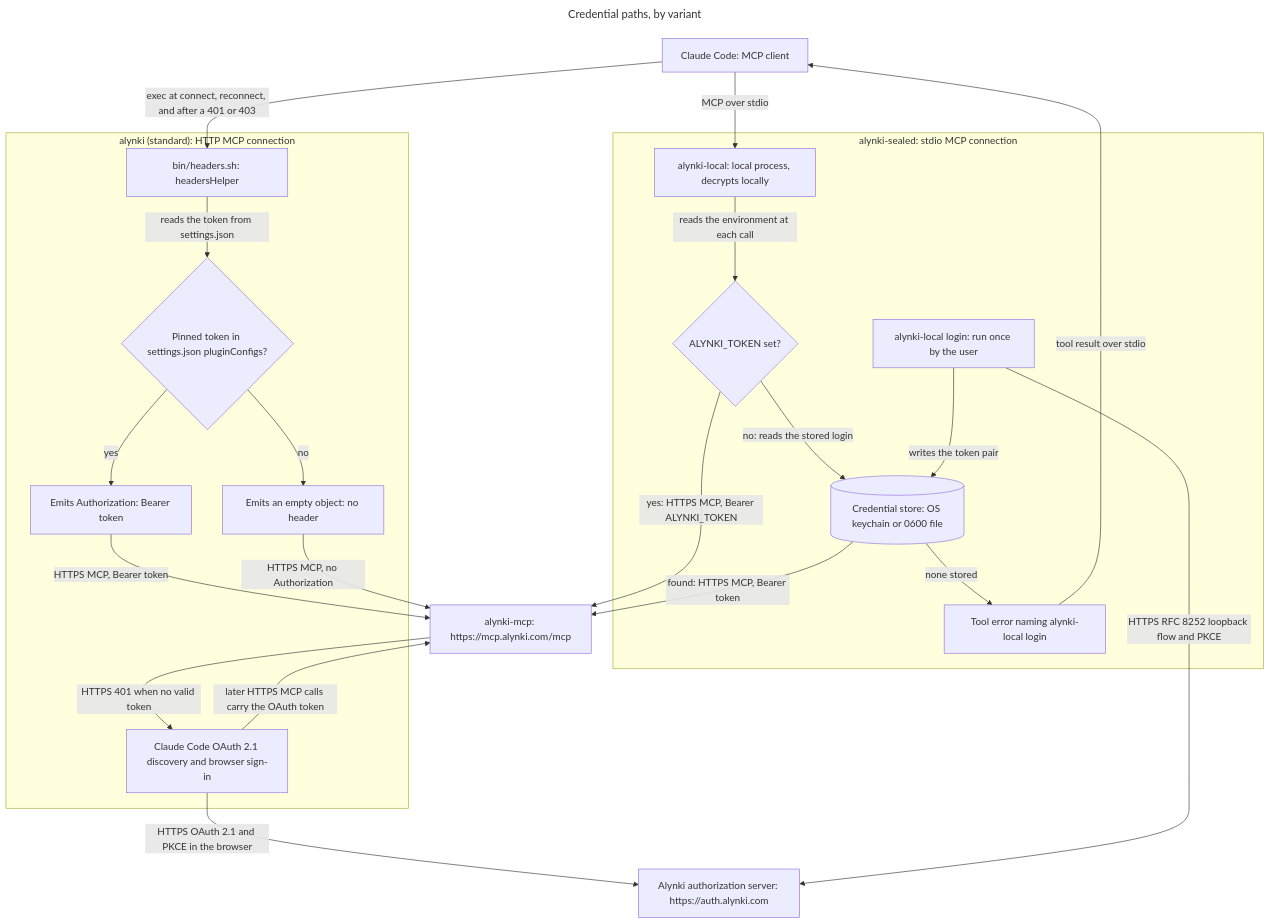
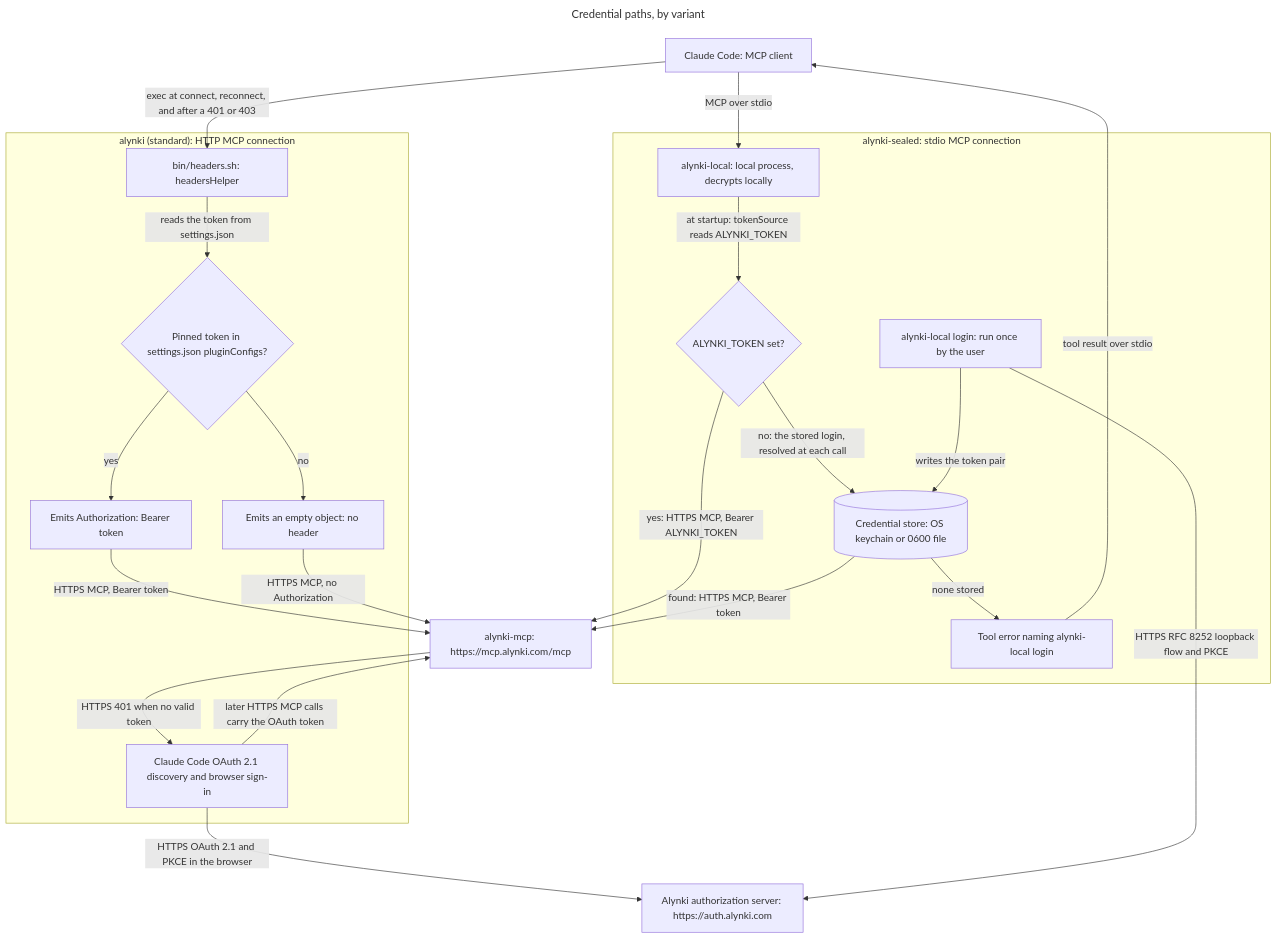
One commit to alynki/plugin changed the first of 4 diagrams in README.md. Above: the diagram before and after it, drawn with Mermaid.

Commit message:
alynki/alynki#1349 README: ALYNKI_TOKEN is read at startup, the stored login per call (#48)

````diff
--- a/README.md
+++ b/README.md
@@ -32,45 +32,45 @@
 ```mermaid
 ---
 title: Credential paths, by variant
 ---
 graph TB
   cc["Claude Code: MCP client"]
   srv["alynki-mcp: https://mcp.alynki.com/mcp"]
   auth["Alynki authorization server: https://auth.alynki.com"]
 
   subgraph std["alynki (standard): HTTP MCP connection"]
     helper["bin/headers.sh: headersHelper"]
     tok{"Pinned token in settings.json pluginConfigs?"}
     hdr["Emits Authorization: Bearer token"]
     none["Emits an empty object: no header"]
     oauth["Claude Code OAuth 2.1 discovery and browser sign-in"]
   end
 
   subgraph sld["alynki-sealed: stdio MCP connection"]
     local["alynki-local: local process, decrypts locally"]
     envtok{"ALYNKI_TOKEN set?"}
     store[("Credential store: OS keychain or 0600 file")]
     login["alynki-local login: run once by the user"]
     err["Tool error naming alynki-local login"]
   end
 
   cc -->|"exec at connect, reconnect, and after a 401 or 403"| helper
   helper -->|"reads the token from settings.json"| tok
   tok -->|"yes"| hdr
   tok -->|"no"| none
   hdr -->|"HTTPS MCP, Bearer token"| srv
   none -->|"HTTPS MCP, no Authorization"| srv
   srv -->|"HTTPS 401 when no valid token"| oauth
   oauth -->|"HTTPS OAuth 2.1 and PKCE in the browser"| auth
   oauth -->|"later HTTPS MCP calls carry the OAuth token"| srv
 
   cc -->|"MCP over stdio"| local
-  local -->|"reads the environment at each call"| envtok
+  local -->|"at startup: tokenSource reads ALYNKI_TOKEN"| envtok
   envtok -->|"yes: HTTPS MCP, Bearer ALYNKI_TOKEN"| srv
-  envtok -->|"no: reads the stored login"| store
+  envtok -->|"no: the stored login, resolved at each call"| store
   store -->|"found: HTTPS MCP, Bearer token"| srv
   store -->|"none stored"| err
   err -->|"tool result over stdio"| cc
   login -->|"HTTPS RFC 8252 loopback flow and PKCE"| auth
   login -->|"writes the token pair"| store
 ```
````
